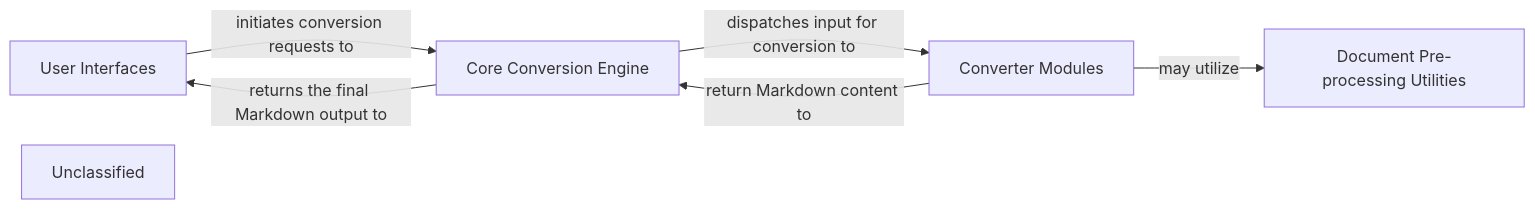
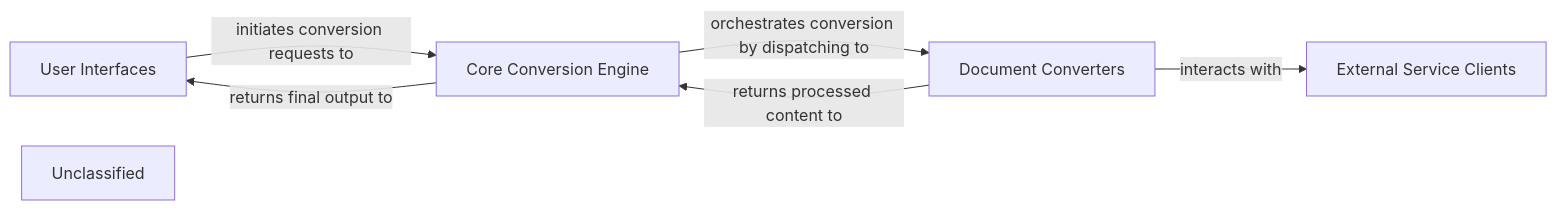
The diagram in markitdown/on_boarding.md (CodeBoarding/GeneratedOnBoardings), drawn with Mermaid before and after one commit. The commit also changed other lines of this file and 6 other files, not shown here.

````diff
--- a/markitdown/on_boarding.md
+++ b/markitdown/on_boarding.md
@@ -1,17 +1,17 @@
 ```mermaid
 graph LR
     User_Interfaces["User Interfaces"]
     Core_Conversion_Engine["Core Conversion Engine"]
-    Converter_Modules["Converter Modules"]
-    Document_Pre_processing_Utilities["Document Pre-processing Utilities"]
+    Document_Converters["Document Converters"]
+    External_Service_Clients["External Service Clients"]
     Unclassified["Unclassified"]
     User_Interfaces -- "initiates conversion requests to" --> Core_Conversion_Engine
-    Core_Conversion_Engine -- "dispatches input for conversion to" --> Converter_Modules
-    Converter_Modules -- "may utilize" --> Document_Pre_processing_Utilities
-    Converter_Modules -- "return Markdown content to" --> Core_Conversion_Engine
-    Core_Conversion_Engine -- "returns the final Markdown output to" --> User_Interfaces
+    Core_Conversion_Engine -- "orchestrates conversion by dispatching to" --> Document_Converters
+    Document_Converters -- "interacts with" --> External_Service_Clients
+    Document_Converters -- "returns processed content to" --> Core_Conversion_Engine
+    Core_Conversion_Engine -- "returns final output to" --> User_Interfaces
     click User_Interfaces href "https://github.com/CodeBoarding/GeneratedOnBoardings/blob/main/markitdown/User_Interfaces.md" "Details"
     click Core_Conversion_Engine href "https://github.com/CodeBoarding/GeneratedOnBoardings/blob/main/markitdown/Core_Conversion_Engine.md" "Details"
-    click Converter_Modules href "https://github.com/CodeBoarding/GeneratedOnBoardings/blob/main/markitdown/Converter_Modules.md" "Details"
-    click Document_Pre_processing_Utilities href "https://github.com/CodeBoarding/GeneratedOnBoardings/blob/main/markitdown/Document_Pre_processing_Utilities.md" "Details"
+    click Document_Converters href "https://github.com/CodeBoarding/GeneratedOnBoardings/blob/main/markitdown/Document_Converters.md" "Details"
+    click External_Service_Clients href "https://github.com/CodeBoarding/GeneratedOnBoardings/blob/main/markitdown/External_Service_Clients.md" "Details"
 ```
````
